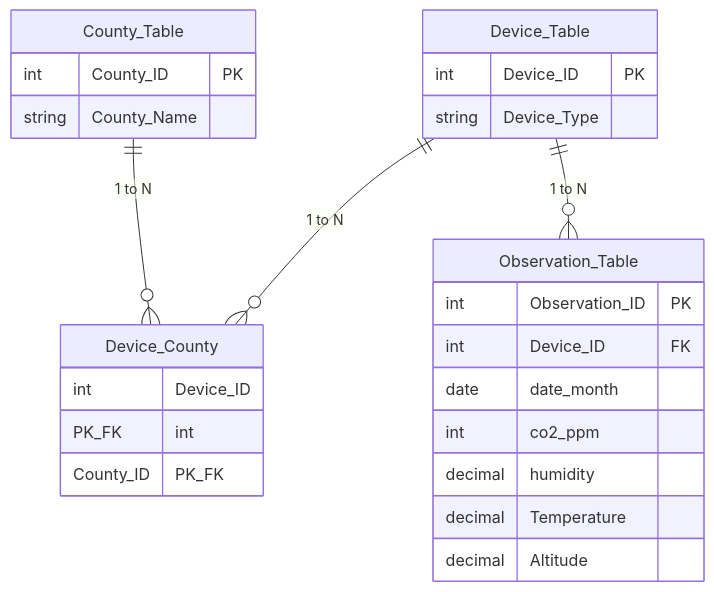
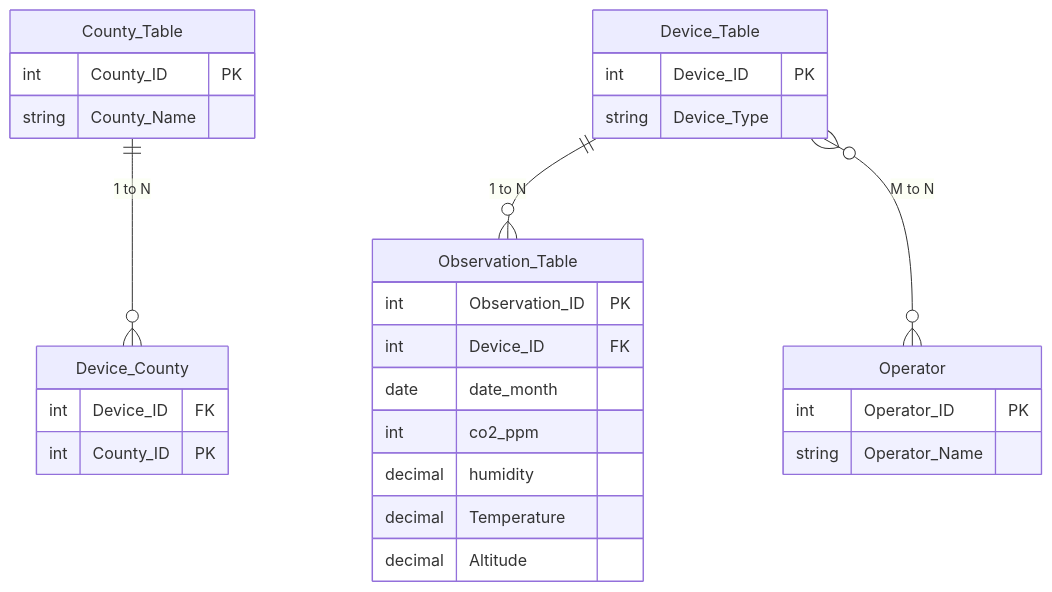
The diagram in diagrams/erd_diagram.Mermaid (ncla9603-lgtm/Primary_Keys_Climate_Action), drawn with Mermaid before and after one commit.

Commit message:
Update ER diagram with Operator table and relationships

```diff
--- a/diagrams/erd_diagram.Mermaid
+++ b/diagrams/erd_diagram.Mermaid
@@ -1,26 +1,30 @@
 erDiagram
     County_Table ||--o{ Device_County : "1 to N"
-    Device_Table ||--o{ Device_County : "1 to N"
     Device_Table ||--o{ Observation_Table : "1 to N"
+    Device_Table }o--o{ Operator : "M to N"
 
     County_Table {
         int County_ID PK
         string County_Name
     }
     Device_Table {
         int Device_ID PK
         string Device_Type
     }
     Device_County {
-        int Device_ID PK_FK
-        int County_ID PK_FK
+        int Device_ID FK
+        int County_ID PK
     }
     Observation_Table {
         int Observation_ID PK
         int Device_ID FK
         date date_month
         int co2_ppm
         decimal humidity
         decimal Temperature
         decimal Altitude
     }
+    Operator {
+        int Operator_ID PK
+        string Operator_Name
+    }
```
